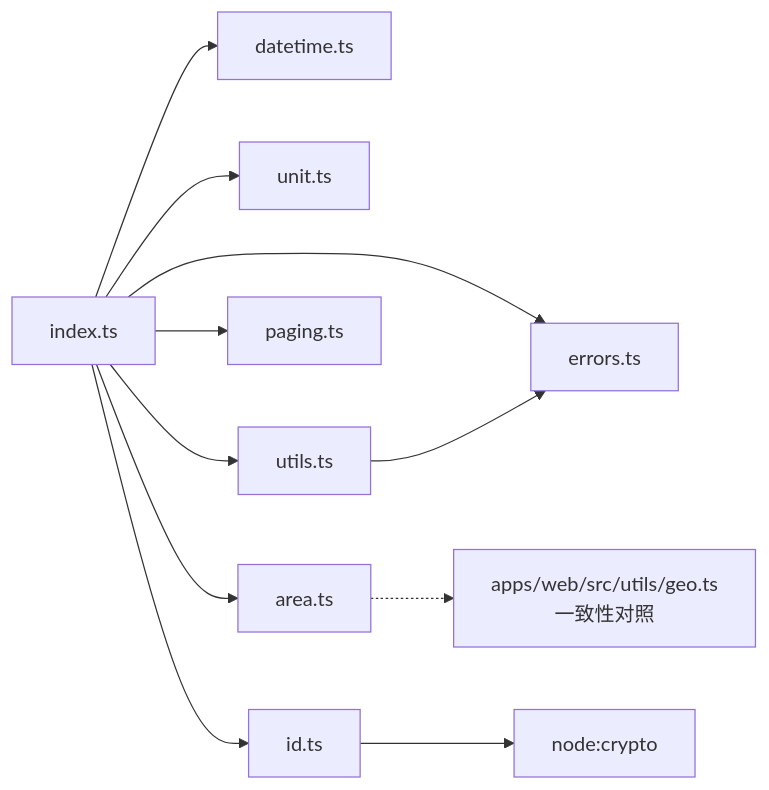
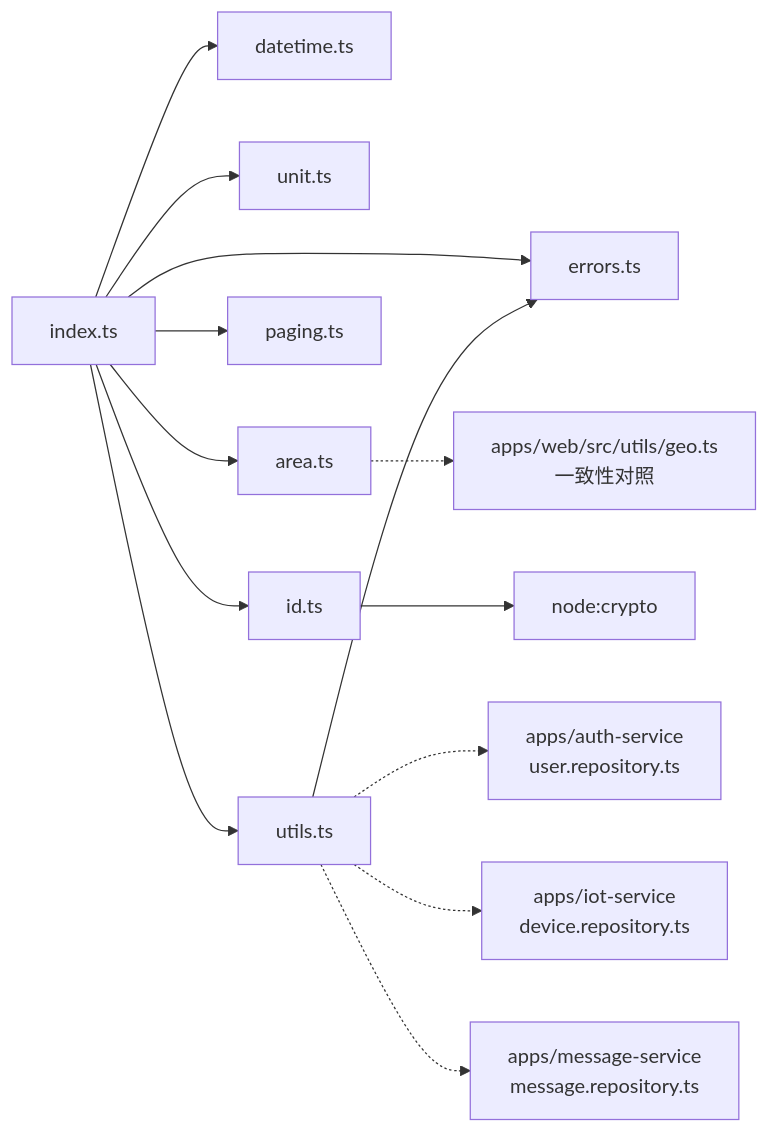
One commit to q446328246/agri-platform changed diagram 12 of 13 in .qoder/repowiki/zh/content/公共包文档/共享工具包 (@agri_shared).md. Above: the diagram before and after it, drawn with Mermaid. The commit also changed other lines of this file and 35 other files, not shown here.

````diff
--- a/.qoder/repowiki/zh/content/公共包文档/共享工具包 (@agri_shared).md
+++ b/.qoder/repowiki/zh/content/公共包文档/共享工具包 (@agri_shared).md
@@ -328,13 +403,16 @@
 ```mermaid
 graph LR
 index["index.ts"] --> errors["errors.ts"]
 index --> datetime["datetime.ts"]
 index --> unit["unit.ts"]
 index --> area["area.ts"]
 index --> paging["paging.ts"]
 index --> id["id.ts"]
 index --> utils["utils.ts"]
 utils --> errors
 id --> crypto["node:crypto"]
 area -.-> web_geo["apps/web/src/utils/geo.ts<br/>一致性对照"]
+utils -.-> auth_service["apps/auth-service<br/>user.repository.ts"]
+utils -.-> iot_service["apps/iot-service<br/>device.repository.ts"]
+utils -.-> message_service["apps/message-service<br/>message.repository.ts"]
 ```
````
